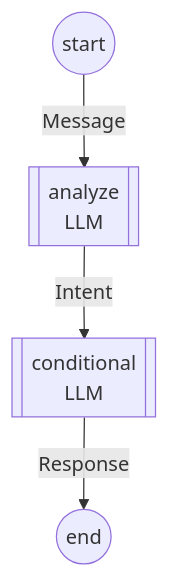
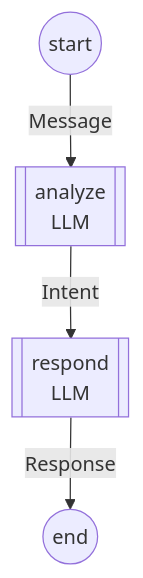
Before and after one commit to tidepool-heavy-industries/exomonad: the eighth of 9 diagrams in src/Tidepool/Graph/diagrams.md, drawn with Mermaid. The commit also changed other lines of this file and 7 other files, not shown here.

First line of the commit message:
Add System annotation, remove When from Graph DSL

````diff
--- a/src/Tidepool/Graph/diagrams.md
+++ b/src/Tidepool/Graph/diagrams.md
@@ -165,11 +164,11 @@
 ```mermaid
 flowchart TD
     entry((start))
     exit__((end))
     analyze[["analyze<br/>LLM"]]
-    conditional[["conditional<br/>LLM"]]
+    respond[["respond<br/>LLM"]]
 
     entry --> |Message| analyze
-    analyze --> |Intent| conditional
-    conditional --> |Response| exit__
+    analyze --> |Intent| respond
+    respond --> |Response| exit__
 ```
````
